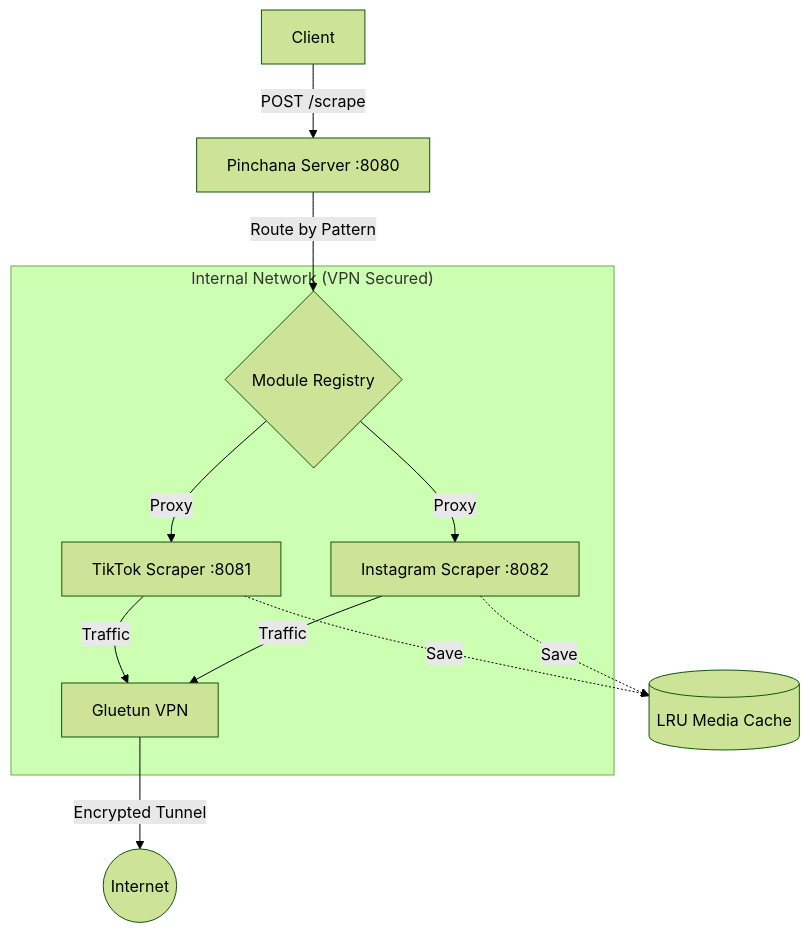
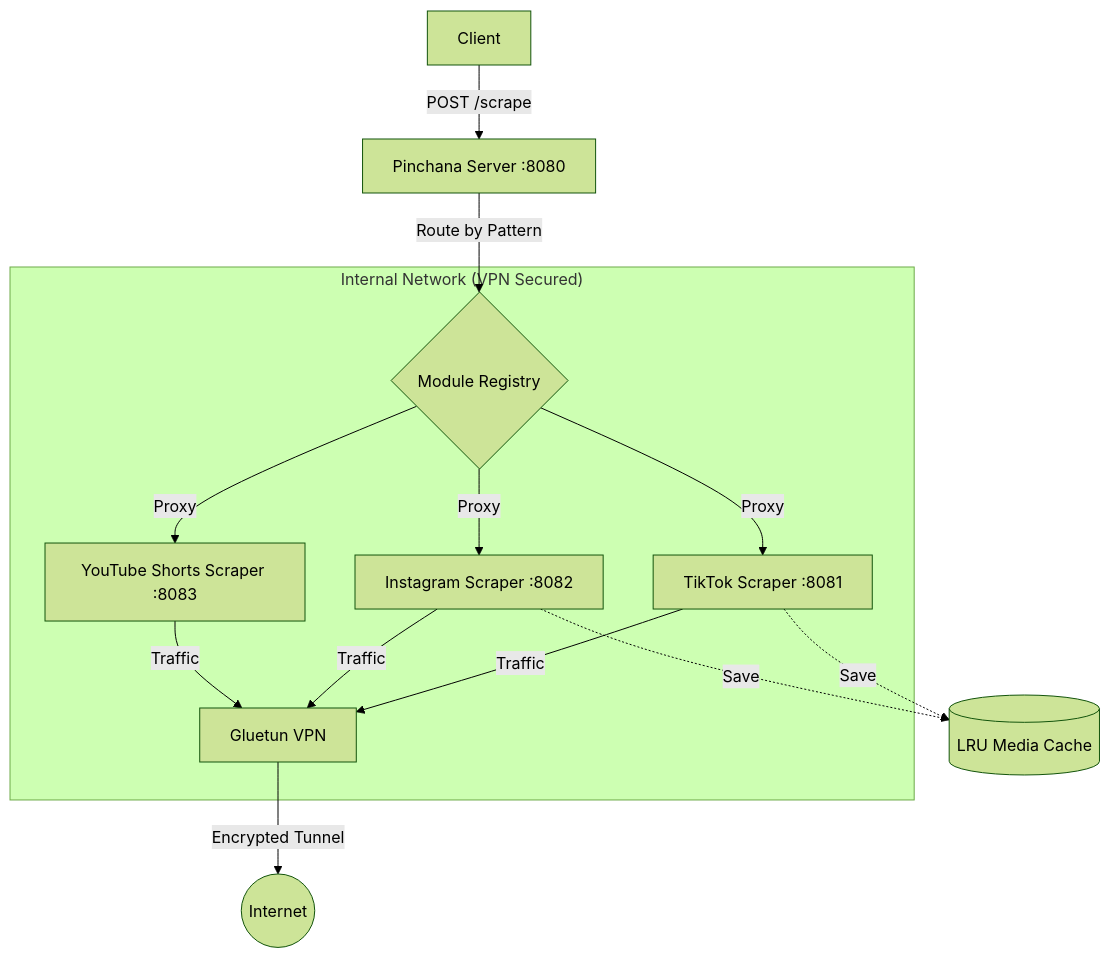
The diagram in README.md (Pinchana/pinchana-api), drawn with Mermaid (forest theme) before and after one commit. The commit also changed other lines of this file and 7 other files, not shown here.

````diff
--- a/README.md
+++ b/README.md
@@ -40,18 +40,20 @@
 ```mermaid
 graph TD
     Client[Client] -->|POST /scrape| Gateway[Pinchana Server :8080]
     Gateway -->|Route by Pattern| Modules{Module Registry}
     
     subgraph "Internal Network (VPN Secured)"
         Modules -->|Proxy| TikTok[TikTok Scraper :8081]
         Modules -->|Proxy| Instagram[Instagram Scraper :8082]
+        Modules -->|Proxy| Shorts[YouTube Shorts Scraper :8083]
         
         TikTok -->|Traffic| Gluetun[Gluetun VPN]
         Instagram -->|Traffic| Gluetun
+        Shorts -->|Traffic| Gluetun
     end
     
     Gluetun -->|Encrypted Tunnel| Internet((Internet))
     
     TikTok -.->|Save| Cache[(LRU Media Cache)]
     Instagram -.->|Save| Cache
 ```
````
